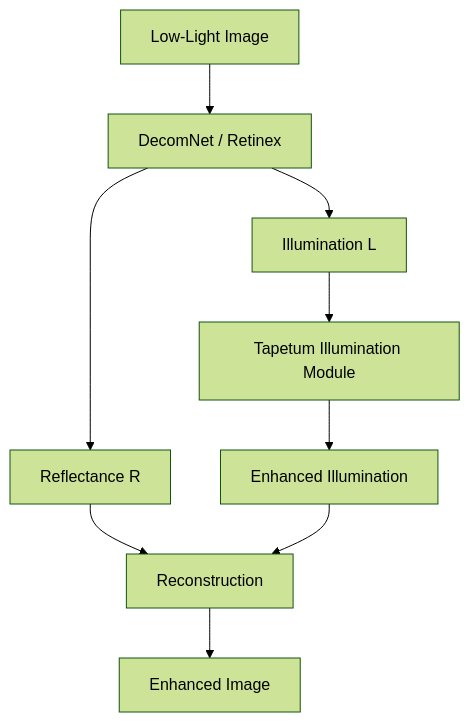
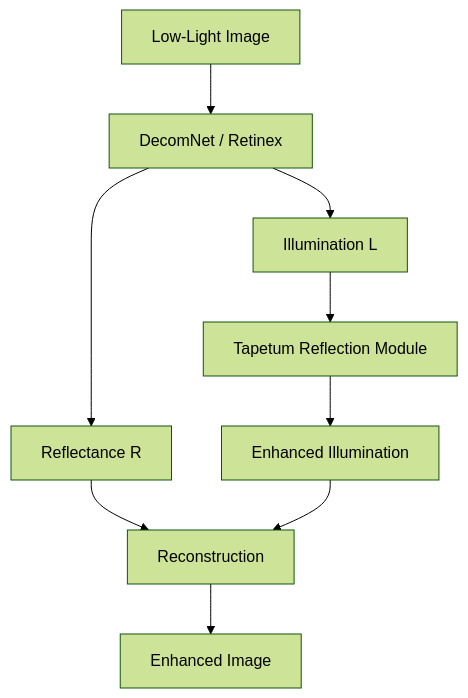
Before and after one commit to muratdelen/TAPETUM: the fourth of 6 diagrams in README.md, drawn with Mermaid (forest theme). The commit also changed other lines of this file, not shown here.

````diff
--- a/README.md
+++ b/README.md
@@ -108,18 +108,18 @@
 ```mermaid
 flowchart TD
 
 A[Low-Light Image]
 
 A --> B[DecomNet / Retinex]
 
 B --> C[Reflectance R]
 B --> D[Illumination L]
 
 C --> G[Reconstruction]
 
-D --> E[Tapetum Illumination Module]
+D --> E[Tapetum Reflection Module]
 E --> F[Enhanced Illumination]
 F --> G
 
 G --> H[Enhanced Image]
 ```
````
